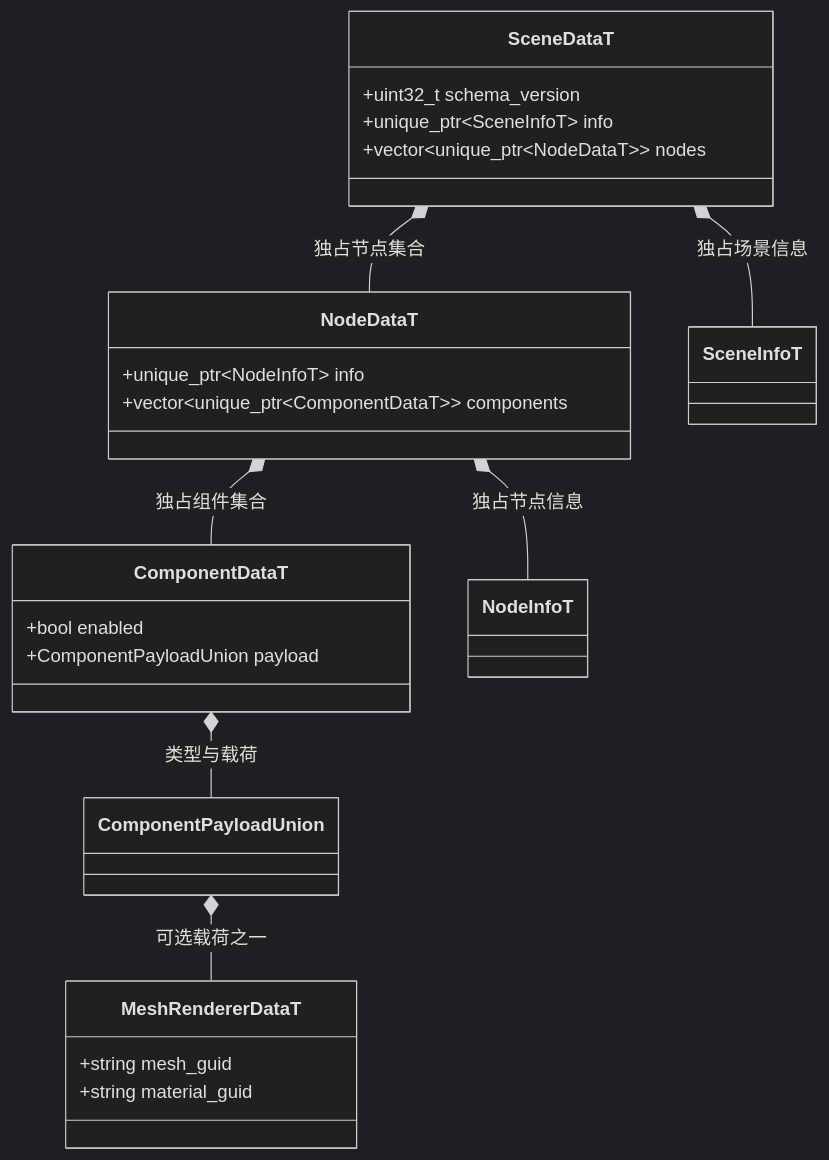
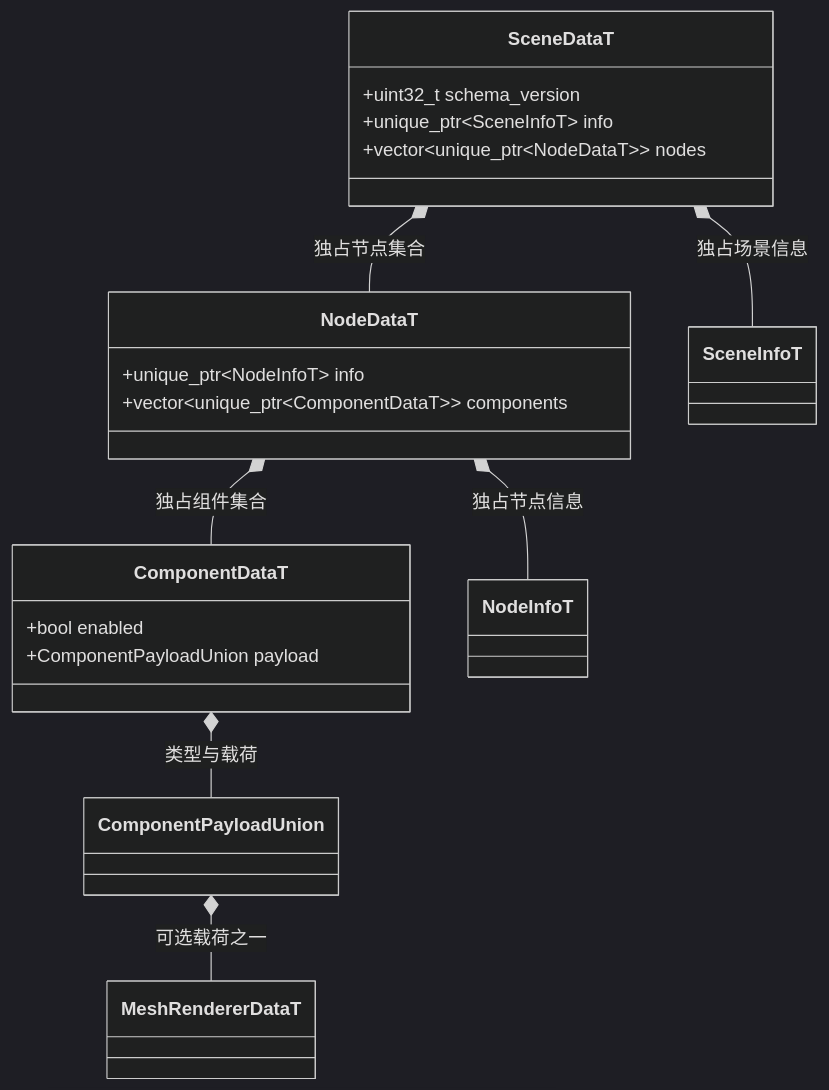
Before and after one commit to lcals/Engine: the first of 6 diagrams in docs/runtime/class-diagrams/scene-data.md, drawn with Mermaid (dark theme). The commit also changed other lines of this file and 125 other files, not shown here.

````diff
--- a/docs/runtime/class-diagrams/scene-data.md
+++ b/docs/runtime/class-diagrams/scene-data.md
@@ -9,30 +9,27 @@
 ```mermaid
 classDiagram
     direction TB
     class SceneDataT {
         +uint32_t schema_version
         +unique_ptr~SceneInfoT~ info
         +vector~unique_ptr~NodeDataT~~ nodes
     }
     class NodeDataT {
         +unique_ptr~NodeInfoT~ info
         +vector~unique_ptr~ComponentDataT~~ components
     }
     class ComponentDataT {
         +bool enabled
         +ComponentPayloadUnion payload
     }
     class SceneInfoT
     class NodeInfoT
     class ComponentPayloadUnion
-    class MeshRendererDataT {
-        +string mesh_guid
-        +string material_guid
-    }
+    class MeshRendererDataT
     SceneDataT *-- SceneInfoT : 独占场景信息
     SceneDataT *-- NodeDataT : 独占节点集合
     NodeDataT *-- NodeInfoT : 独占节点信息
     NodeDataT *-- ComponentDataT : 独占组件集合
     ComponentDataT *-- ComponentPayloadUnion : 类型与载荷
     ComponentPayloadUnion *-- MeshRendererDataT : 可选载荷之一
 ```
````
